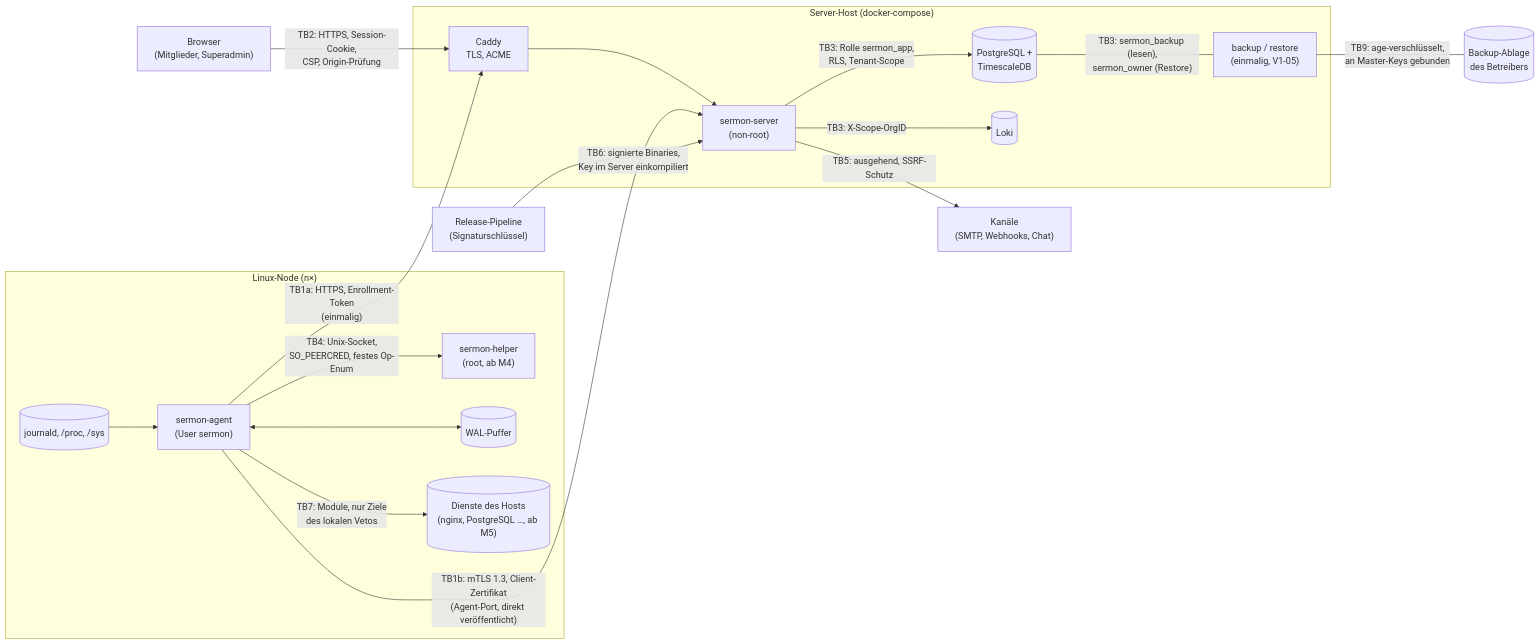
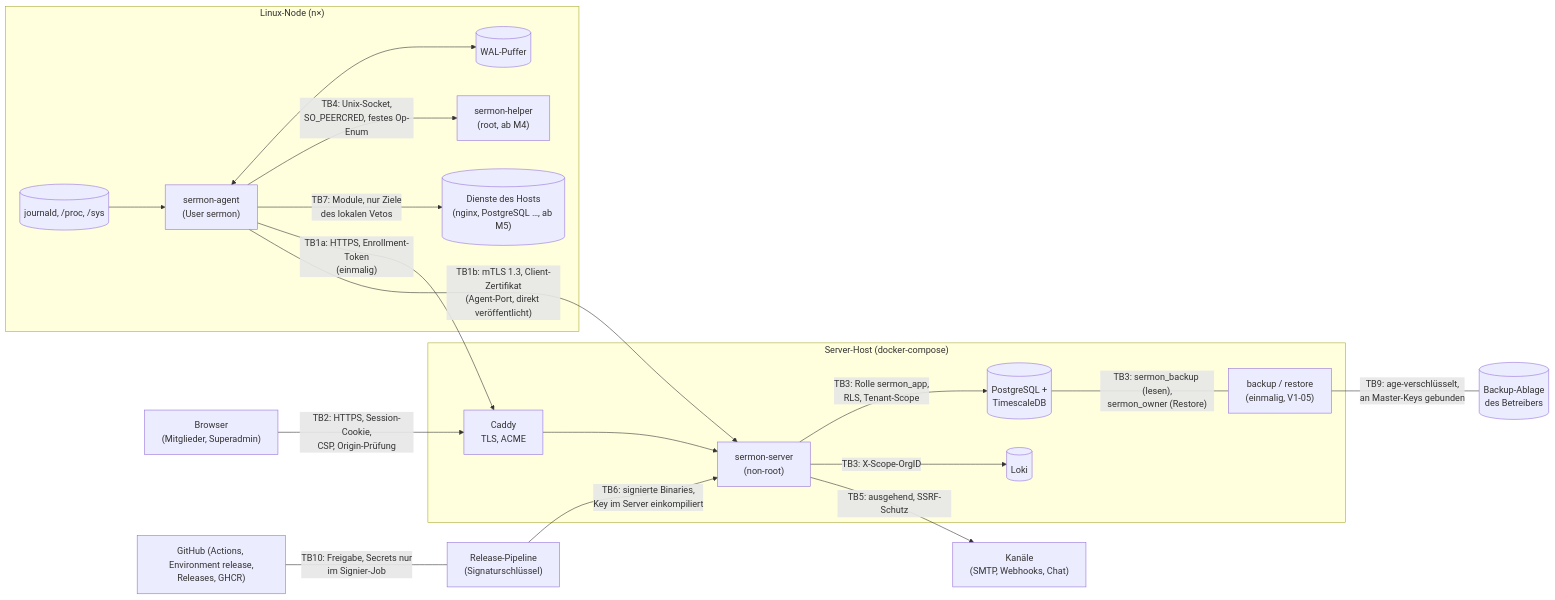
Before and after one commit to pmoscode/SerMon: the diagram in docs/security/threat-model.md, drawn with Mermaid. The commit also changed other lines of this file and 29 other files, not shown here.

````diff
--- a/docs/security/threat-model.md
+++ b/docs/security/threat-model.md
@@ -45,35 +46,37 @@
 ```mermaid
 flowchart LR
   subgraph Node["Linux-Node (n×)"]
     Agent["sermon-agent<br/>(User sermon)"]
     Helper["sermon-helper<br/>(root, ab M4)"]
     Journal[("journald, /proc, /sys")]
     WAL[("WAL-Puffer")]
     Journal --> Agent
     Agent <--> WAL
     Agent -- "TB4: Unix-Socket,<br/>SO_PEERCRED, festes Op-Enum" --> Helper
     Services[("Dienste des Hosts<br/>(nginx, PostgreSQL …, ab M5)")]
     Agent -- "TB7: Module, nur Ziele<br/>des lokalen Vetos" --> Services
   end
   subgraph ServerHost["Server-Host (docker-compose)"]
     Caddy["Caddy<br/>TLS, ACME"]
     Server["sermon-server<br/>(non-root)"]
     PG[("PostgreSQL +<br/>TimescaleDB")]
     Loki[("Loki")]
     Server -- "TB3: Rolle sermon_app,<br/>RLS, Tenant-Scope" --> PG
     Server -- "TB3: X-Scope-OrgID" --> Loki
     Backup["backup / restore<br/>(einmalig, V1-05)"]
     PG -- "TB3: sermon_backup (lesen),<br/>sermon_owner (Restore)" --- Backup
   end
   Store[("Backup-Ablage<br/>des Betreibers")]
   Backup -- "TB9: age-verschlüsselt,<br/>an Master-Keys gebunden" --- Store
   Browser["Browser<br/>(Mitglieder, Superadmin)"]
   Channels["Kanäle<br/>(SMTP, Webhooks, Chat)"]
   Release["Release-Pipeline<br/>(Signaturschlüssel)"]
 
   Browser -- "TB2: HTTPS, Session-Cookie,<br/>CSP, Origin-Prüfung" --> Caddy --> Server
   Agent -- "TB1a: HTTPS, Enrollment-Token<br/>(einmalig)" --> Caddy
   Agent -- "TB1b: mTLS 1.3, Client-Zertifikat<br/>(Agent-Port, direkt veröffentlicht)" --> Server
   Server -- "TB5: ausgehend, SSRF-Schutz" --> Channels
   Release -- "TB6: signierte Binaries,<br/>Key im Server einkompiliert" --> Server
+  GitHub["GitHub (Actions, Environment release,<br/>Releases, GHCR)"]
+  GitHub -- "TB10: Freigabe, Secrets nur<br/>im Signier-Job" --- Release
 ```
````
